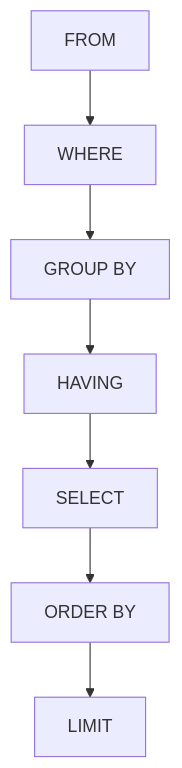
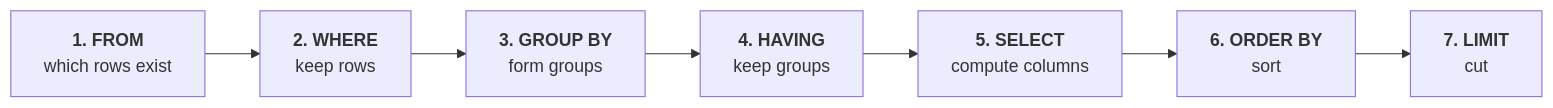
Before and after one commit to fde-academy-lab/c2-content-factory: the diagram in content/W02/D1/study-notes/C2_W02_D01_notes_STUDENT.md, drawn with Mermaid. The commit also changed other lines of this file and 2 other files, not shown here.

````diff
--- a/content/W02/D1/study-notes/C2_W02_D01_notes_STUDENT.md
+++ b/content/W02/D1/study-notes/C2_W02_D01_notes_STUDENT.md
@@ -52,4 +52,4 @@
 ```mermaid
-flowchart TD
-    F["FROM"] --> W["WHERE"] --> G["GROUP BY"] --> H["HAVING"] --> S["SELECT"] --> O["ORDER BY"] --> L["LIMIT"]
+flowchart LR
+    F["<b>1. FROM</b><br/>which rows exist"] --> W["<b>2. WHERE</b><br/>keep rows"] --> G["<b>3. GROUP BY</b><br/>form groups"] --> H["<b>4. HAVING</b><br/>keep groups"] --> S["<b>5. SELECT</b><br/>compute columns"] --> O["<b>6. ORDER BY</b><br/>sort"] --> L["<b>7. LIMIT</b><br/>cut"]
 ```
````
